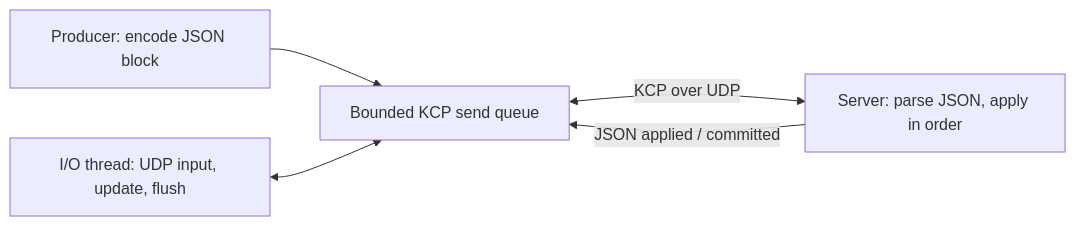
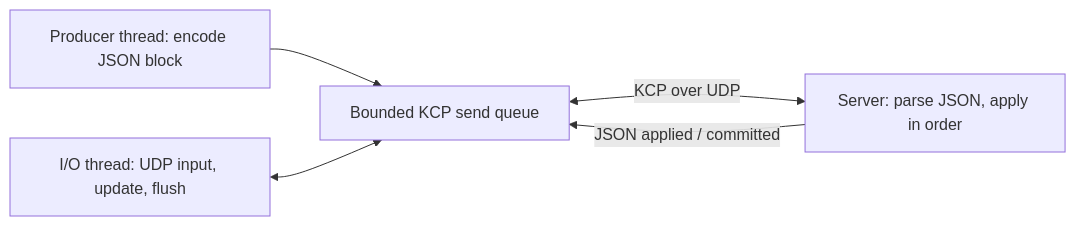
One commit to HuangX666/hx_c_platform changed the diagram in docs/KCP_BUSINESS.md. Above: the diagram before and after it, drawn with Mermaid. The commit also changed other lines of this file and 135 other files, not shown here.

````diff
--- a/docs/KCP_BUSINESS.md
+++ b/docs/KCP_BUSINESS.md
@@ -46,7 +52,7 @@
 ```mermaid
 flowchart LR
-    P[Producer: encode JSON block] --> Q[Bounded KCP send queue]
+    P[Producer thread: encode JSON block] --> Q[Bounded KCP send queue]
     IO[I/O thread: UDP input, update, flush] <--> Q
     Q <-->|KCP over UDP| S[Server: parse JSON, apply in order]
     S -->|JSON applied / committed| Q
 ```
````
